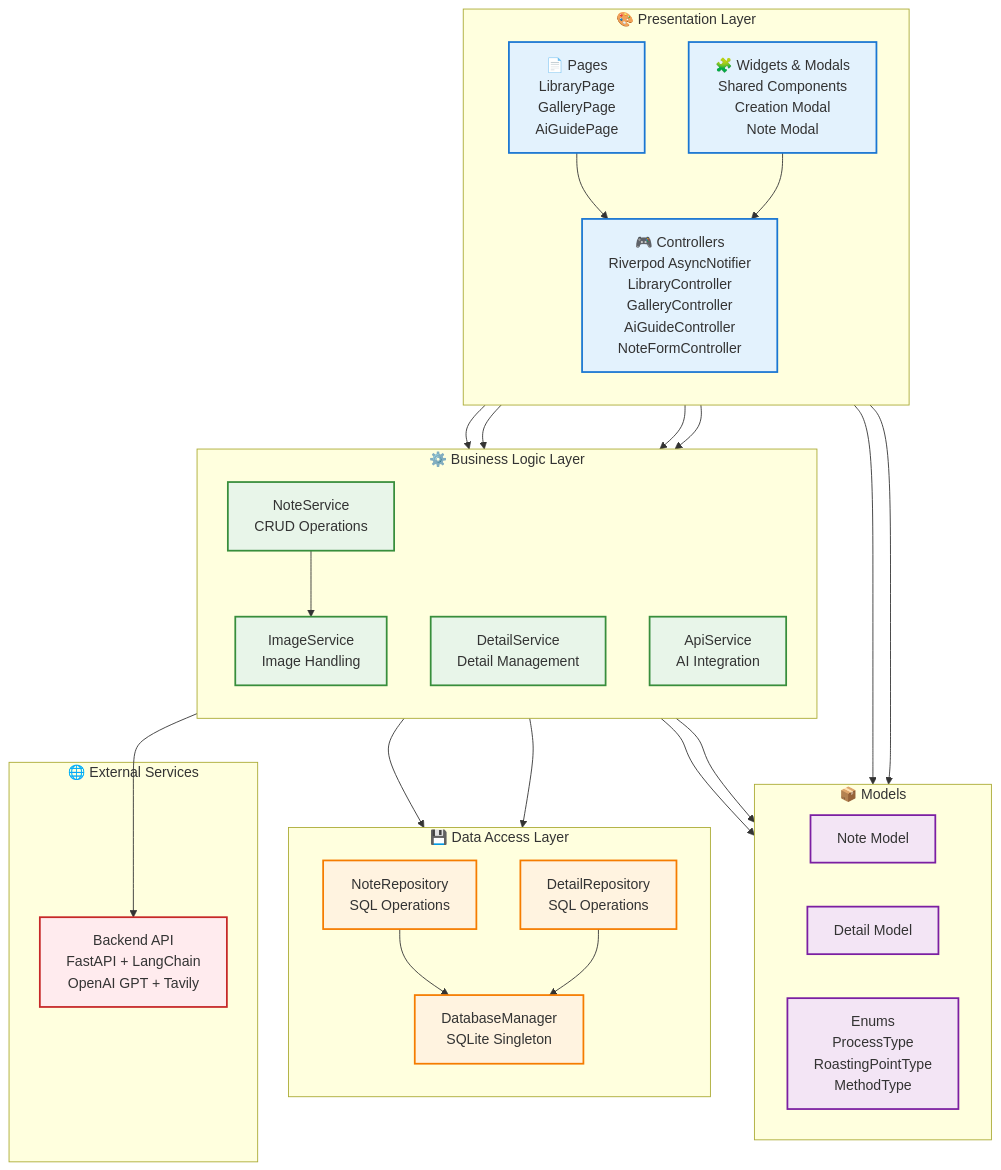
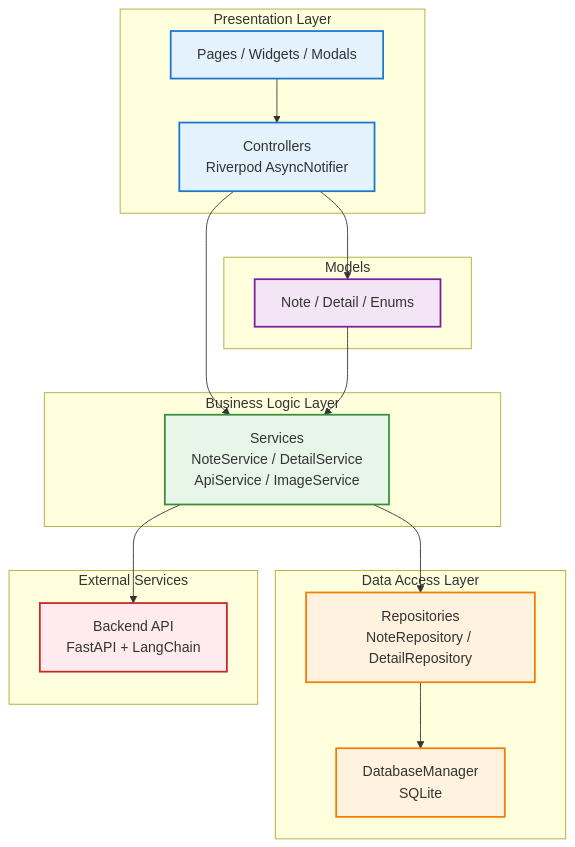
The diagram in README.md (latte0415/MADCAMP-W1-Coffee-Note), drawn with Mermaid before and after one commit. The commit also changed other lines of this file, not shown here.

Commit message:
update README: langchain workflow + mermaid(architecture)

````diff
--- a/README.md
+++ b/README.md
@@ -75,74 +75,44 @@
 ```mermaid
 graph TB
-    subgraph UI["🎨 Presentation Layer"]
-        direction TB
-        Pages["📄 Pages<br/>LibraryPage<br/>GalleryPage<br/>AiGuidePage"]
-        Widgets["🧩 Widgets & Modals<br/>Shared Components<br/>Creation Modal<br/>Note Modal"]
-        Controllers["🎮 Controllers<br/>Riverpod AsyncNotifier<br/>LibraryController<br/>GalleryController<br/>AiGuideController<br/>NoteFormController"]
+    subgraph L1["Presentation Layer"]
+        UI["Pages / Widgets / Modals"]
+        CTRL["Controllers<br/>Riverpod AsyncNotifier"]
     end
     
-    subgraph Models["📦 Models"]
-        direction LR
-        NoteModel["Note Model"]
-        DetailModel["Detail Model"]
-        Enums["Enums<br/>ProcessType<br/>RoastingPointType<br/>MethodType"]
+    subgraph L2["Models"]
+        MODELS["Note / Detail / Enums"]
     end
     
-    subgraph Business["⚙️ Business Logic Layer"]
-        direction TB
-        NoteService["NoteService<br/>CRUD Operations"]
-        DetailService["DetailService<br/>Detail Management"]
-        ApiService["ApiService<br/>AI Integration"]
-        ImageService["ImageService<br/>Image Handling"]
+    subgraph L3["Business Logic Layer"]
+        SVC["Services<br/>NoteService / DetailService<br/>ApiService / ImageService"]
     end
     
-    subgraph Data["💾 Data Access Layer"]
-        direction TB
-        NoteRepo["NoteRepository<br/>SQL Operations"]
-        DetailRepo["DetailRepository<br/>SQL Operations"]
-        DBManager["DatabaseManager<br/>SQLite Singleton"]
+    subgraph L4["Data Access Layer"]
+        REPO["Repositories<br/>NoteRepository / DetailRepository"]
+        DB["DatabaseManager<br/>SQLite"]
     end
     
-    subgraph External["🌐 External Services"]
-        BackendAPI["Backend API<br/>FastAPI + LangChain<br/>OpenAI GPT + Tavily"]
+    subgraph L5["External Services"]
+        API["Backend API<br/>FastAPI + LangChain"]
     end
     
-    %% Presentation Layer connections
-    Pages --> Controllers
-    Widgets --> Controllers
-    Controllers --> Models
+    UI --> CTRL
+    CTRL --> MODELS
+    CTRL --> SVC
+    MODELS --> SVC
+    SVC --> REPO
+    REPO --> DB
+    SVC --> API
     
-    %% Business Logic connections
-    Controllers --> NoteService
-    Controllers --> DetailService
-    Controllers --> ApiService
-    Controllers --> ImageService
+    classDef layer1 fill:#E3F2FD,stroke:#1976D2,stroke-width:2px
+    classDef layer2 fill:#F3E5F5,stroke:#7B1FA2,stroke-width:2px
+    classDef layer3 fill:#E8F5E9,stroke:#388E3C,stroke-width:2px
+    classDef layer4 fill:#FFF3E0,stroke:#F57C00,stroke-width:2px
+    classDef layer5 fill:#FFEBEE,stroke:#C62828,stroke-width:2px
     
-    %% Data Access connections
-    NoteService --> NoteRepo
-    DetailService --> DetailRepo
-    NoteService --> ImageService
-    NoteRepo --> DBManager
-    DetailRepo --> DBManager
-    
-    %% External connections
-    ApiService --> BackendAPI
-    
-    %% Model usage
-    NoteService --> NoteModel
-    DetailService --> DetailModel
-    Controllers --> Enums
-    
-    %% Styling
-    classDef uiLayer fill:#E3F2FD,stroke:#1976D2,stroke-width:2px
-    classDef modelLayer fill:#F3E5F5,stroke:#7B1FA2,stroke-width:2px
-    classDef businessLayer fill:#E8F5E9,stroke:#388E3C,stroke-width:2px
-    classDef dataLayer fill:#FFF3E0,stroke:#F57C00,stroke-width:2px
-    classDef externalLayer fill:#FFEBEE,stroke:#C62828,stroke-width:2px
-    
-    class Pages,Widgets,Controllers uiLayer
-    class NoteModel,DetailModel,Enums modelLayer
-    class NoteService,DetailService,ApiService,ImageService businessLayer
-    class NoteRepo,DetailRepo,DBManager dataLayer
-    class BackendAPI externalLayer
+    class UI,CTRL layer1
+    class MODELS layer2
+    class SVC layer3
+    class REPO,DB layer4
+    class API layer5
 ```
````
